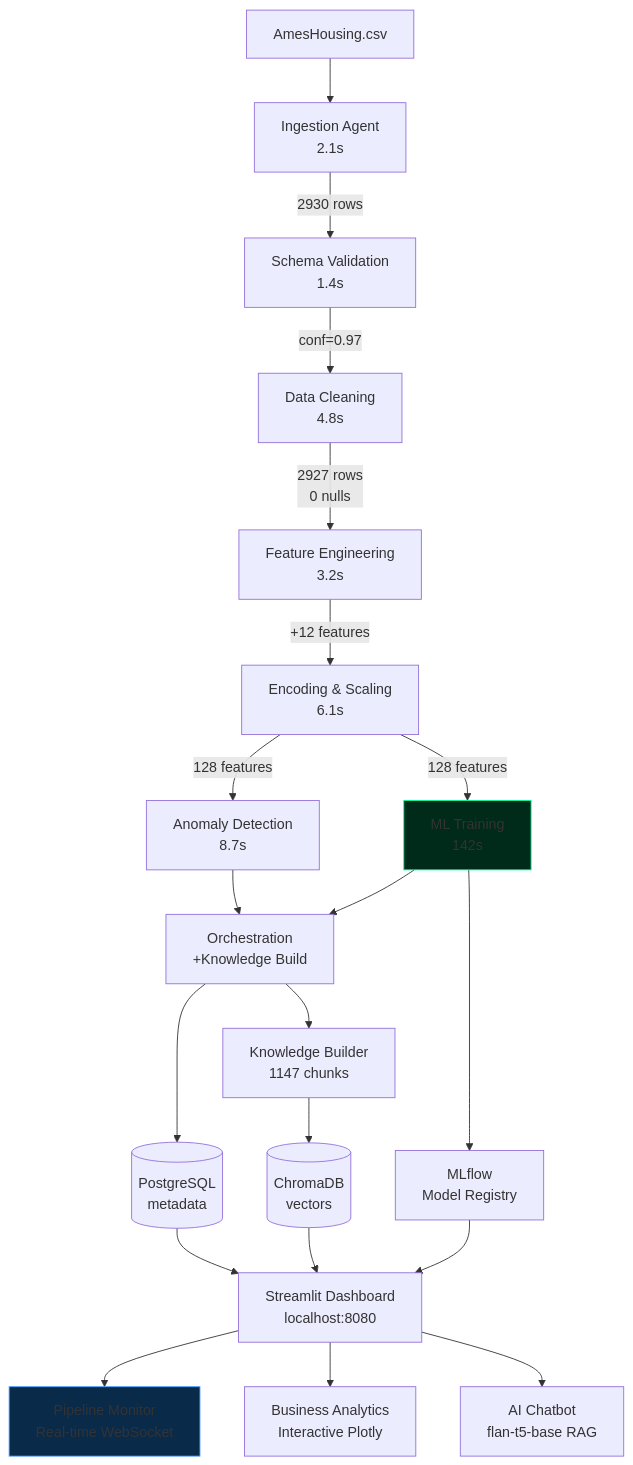
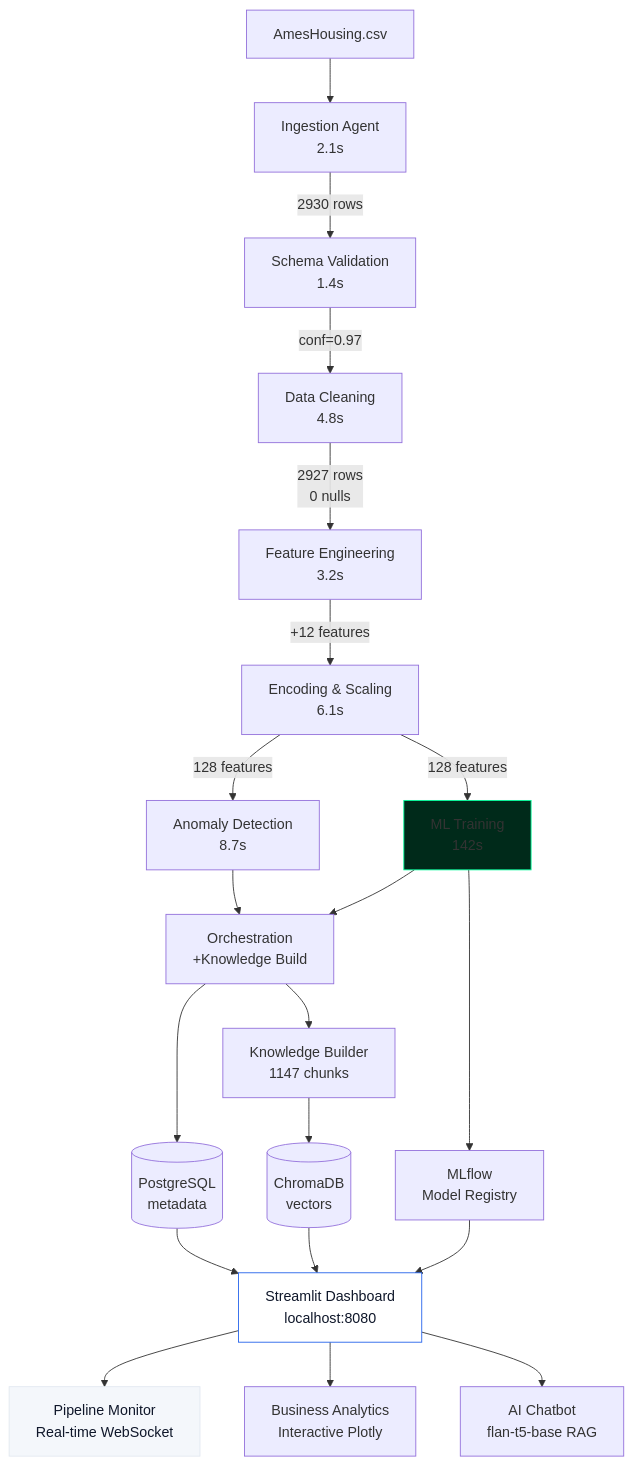
The diagram in README.md (iammohith/Ames-Housing-Intelligent-Platform), drawn with Mermaid before and after one commit. The commit also changed other lines of this file, not shown here.

````diff
--- a/README.md
+++ b/README.md
@@ -29,21 +31,22 @@
 ```mermaid
 flowchart TD
     CSV[AmesHousing.csv] --> A1[Ingestion Agent<br/>2.1s]
     A1 -->|2930 rows| A2[Schema Validation<br/>1.4s]
     A2 -->|conf=0.97| A3[Data Cleaning<br/>4.8s]
     A3 -->|2927 rows<br/>0 nulls| A4[Feature Engineering<br/>3.2s]
     A4 -->|+12 features| A5[Encoding & Scaling<br/>6.1s]
     A5 -->|128 features| A6[Anomaly Detection<br/>8.7s]
     A5 -->|128 features| A7[ML Training<br/>142s]
     A6 & A7 --> A8[Orchestration<br/>+Knowledge Build]
     A8 --> PG[(PostgreSQL<br/>metadata)]
     A7 --> MLF[MLflow<br/>Model Registry]
     A8 --> KB[Knowledge Builder<br/>1147 chunks]
     KB --> CDB[(ChromaDB<br/>vectors)]
     PG & MLF & CDB --> DASH[Streamlit Dashboard<br/>localhost:8080]
     DASH --> P1[Pipeline Monitor<br/>Real-time WebSocket]
     DASH --> P2[Business Analytics<br/>Interactive Plotly]
     DASH --> P3[AI Chatbot<br/>flan-t5-base RAG]
     style A7 fill:#002A1A,stroke:#00FF9C
-    style P1 fill:#0A2A4A,stroke:#4D9EFF
+    style DASH fill:#FFFFFF,stroke:#2563EB,color:#0F172A
+    style P1 fill:#F4F7FB,stroke:#E2E8F0,color:#0F172A
 ```
````
